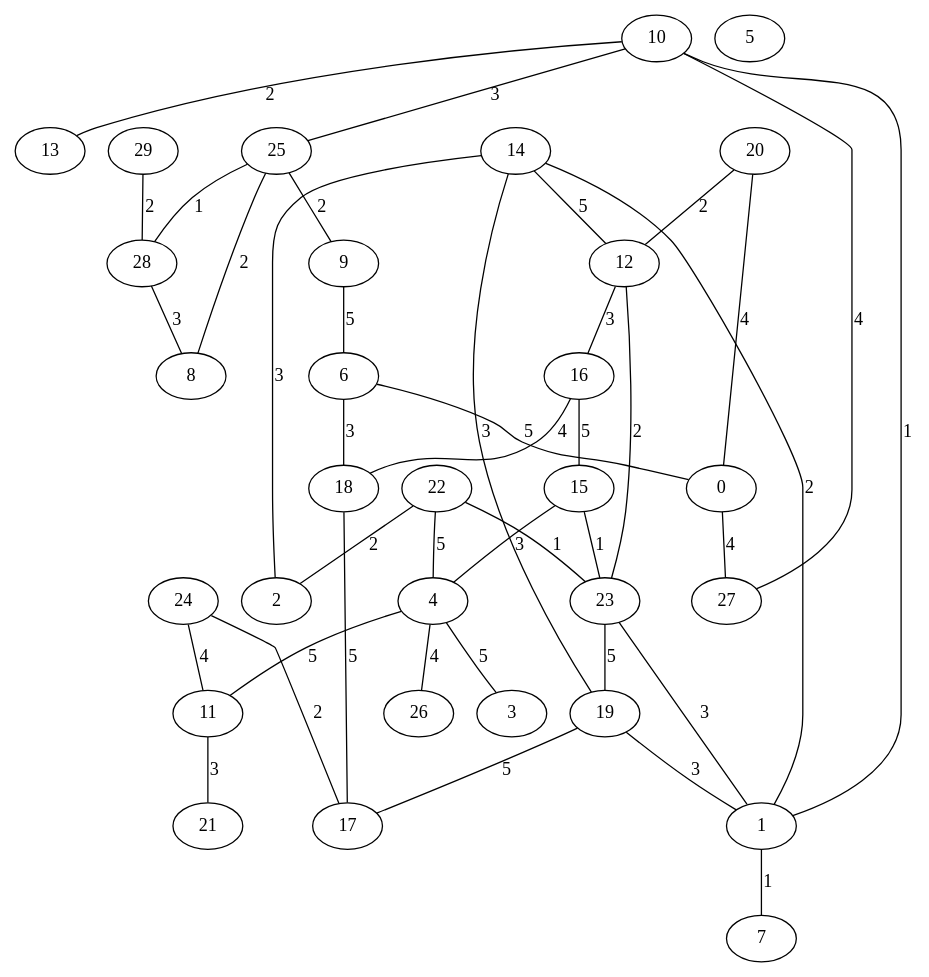
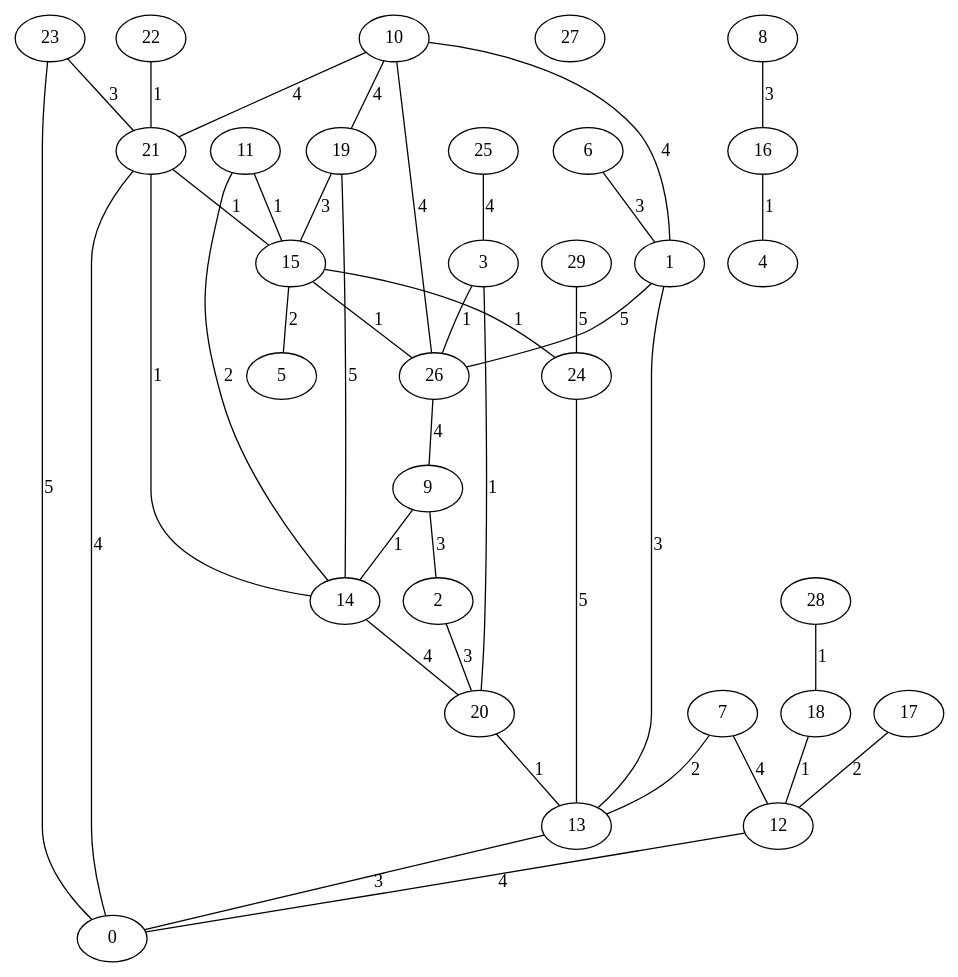
The diagram in KruskalI_Erdos3030.gv (saradejesuss/GenerarGrafos), drawn with Graphviz before and after one commit. The commit also changed 15 other files, not shown here.

```diff
--- a/KruskalI_Erdos3030.gv
+++ b/KruskalI_Erdos3030.gv
@@ -1,72 +1,72 @@
 graph{
+   22;
+   11;
+   29;
+   14;
+   18;
+   21;
+   27;
+   20;
+   17;
+   24;
+   4;
+   6;
+   3;
+   16;
+   2;
+   0;
+   7;
+   9;
+   26;
+   25;
+   15;
+   8;
+   28;
+   23;
+   5;
    13;
-   29;
-   21;
-   26;
-   20;
-   24;
+   12;
+   1;
+   10;
    19;
-   18;
-   25;
-   16;
-   12;
-   28;
-   7;
-   11;
-   9;
-   5;
-   1;
-   6;
-   17;
-   4;
-   14;
-   15;
-   0;
-   10;
-   2;
-   22;
-   8;
-   23;
-   3;
-   27;
-   25 -- 9 [label="2"];
-   10 -- 13 [label="2"];
-   4 -- 26 [label="4"];
-   6 -- 18 [label="3"];
-   19 -- 17 [label="5"];
-   1 -- 7 [label="1"];
-   25 -- 28 [label="1"];
-   14 -- 2 [label="3"];
-   23 -- 19 [label="5"];
-   12 -- 23 [label="2"];
-   12 -- 16 [label="3"];
-   25 -- 8 [label="2"];
-   23 -- 1 [label="3"];
-   22 -- 23 [label="1"];
-   14 -- 19 [label="3"];
-   10 -- 1 [label="1"];
-   0 -- 27 [label="4"];
-   24 -- 11 [label="4"];
-   18 -- 17 [label="5"];
-   10 -- 25 [label="3"];
-   16 -- 18 [label="4"];
-   20 -- 0 [label="4"];
-   9 -- 6 [label="5"];
-   27 -- 10 [label="4"];
-   20 -- 12 [label="2"];
-   16 -- 15 [label="5"];
-   4 -- 11 [label="5"];
-   29 -- 28 [label="2"];
-   15 -- 4 [label="3"];
-   22 -- 4 [label="5"];
-   24 -- 17 [label="2"];
-   22 -- 2 [label="2"];
-   28 -- 8 [label="3"];
-   4 -- 3 [label="5"];
-   14 -- 1 [label="2"];
-   11 -- 21 [label="3"];
-   19 -- 1 [label="3"];
-   6 -- 0 [label="5"];
-   15 -- 23 [label="1"];
-   14 -- 12 [label="5"];
+   23 -- 0 [label="5"];
+   16 -- 4 [label="1"];
+   3 -- 26 [label="1"];
+   24 -- 13 [label="5"];
+   9 -- 14 [label="1"];
+   15 -- 24 [label="1"];
+   20 -- 13 [label="1"];
+   10 -- 26 [label="4"];
+   11 -- 15 [label="1"];
+   7 -- 13 [label="2"];
+   28 -- 18 [label="1"];
+   3 -- 20 [label="1"];
+   21 -- 15 [label="1"];
+   21 -- 14 [label="1"];
+   15 -- 5 [label="2"];
+   11 -- 14 [label="2"];
+   9 -- 2 [label="3"];
+   17 -- 12 [label="2"];
+   13 -- 0 [label="3"];
+   19 -- 15 [label="3"];
+   12 -- 0 [label="4"];
+   14 -- 20 [label="4"];
+   23 -- 21 [label="3"];
+   7 -- 12 [label="4"];
+   1 -- 13 [label="3"];
+   15 -- 26 [label="1"];
+   10 -- 1 [label="4"];
+   2 -- 20 [label="3"];
+   10 -- 19 [label="4"];
+   25 -- 3 [label="4"];
+   0 -- 21 [label="4"];
+   10 -- 21 [label="4"];
+   26 -- 9 [label="4"];
+   6 -- 1 [label="3"];
+   18 -- 12 [label="1"];
+   1 -- 26 [label="5"];
+   8 -- 16 [label="3"];
+   22 -- 21 [label="1"];
+   29 -- 24 [label="5"];
+   19 -- 14 [label="5"];
 }
```
